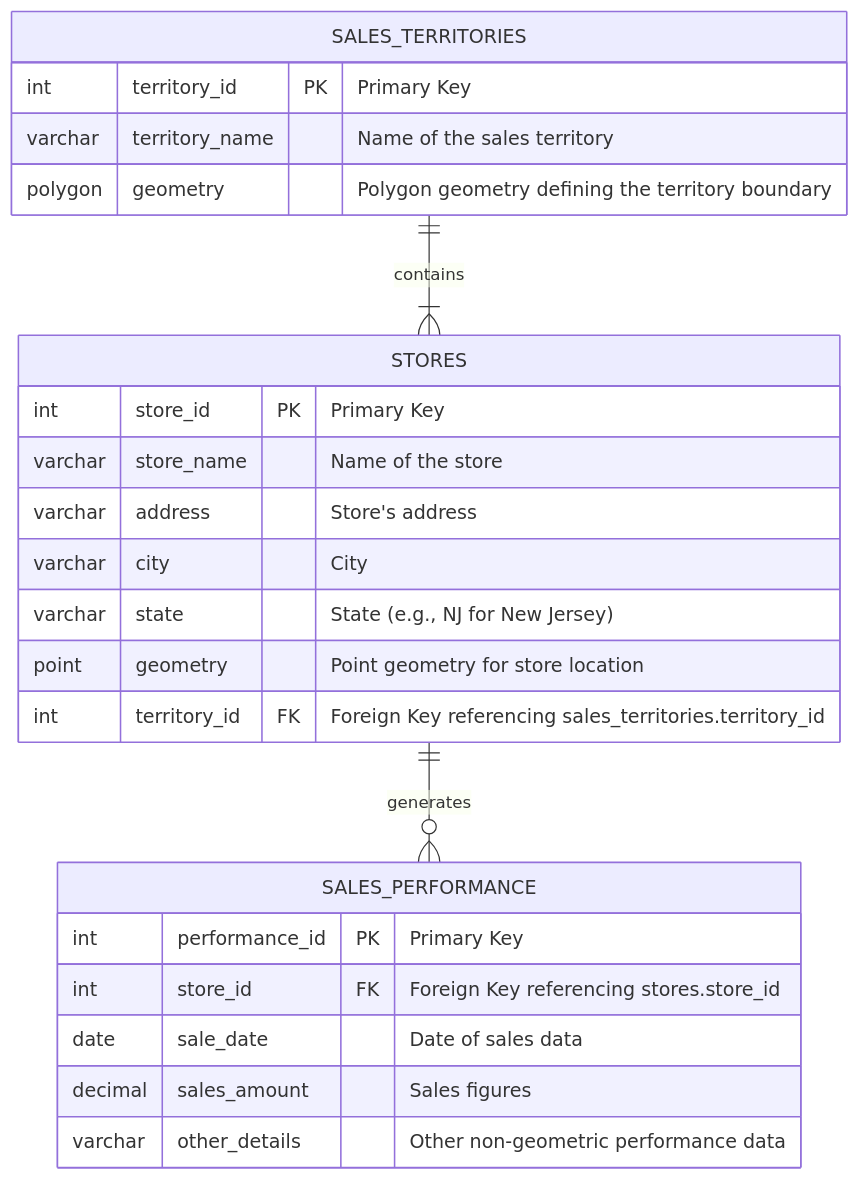
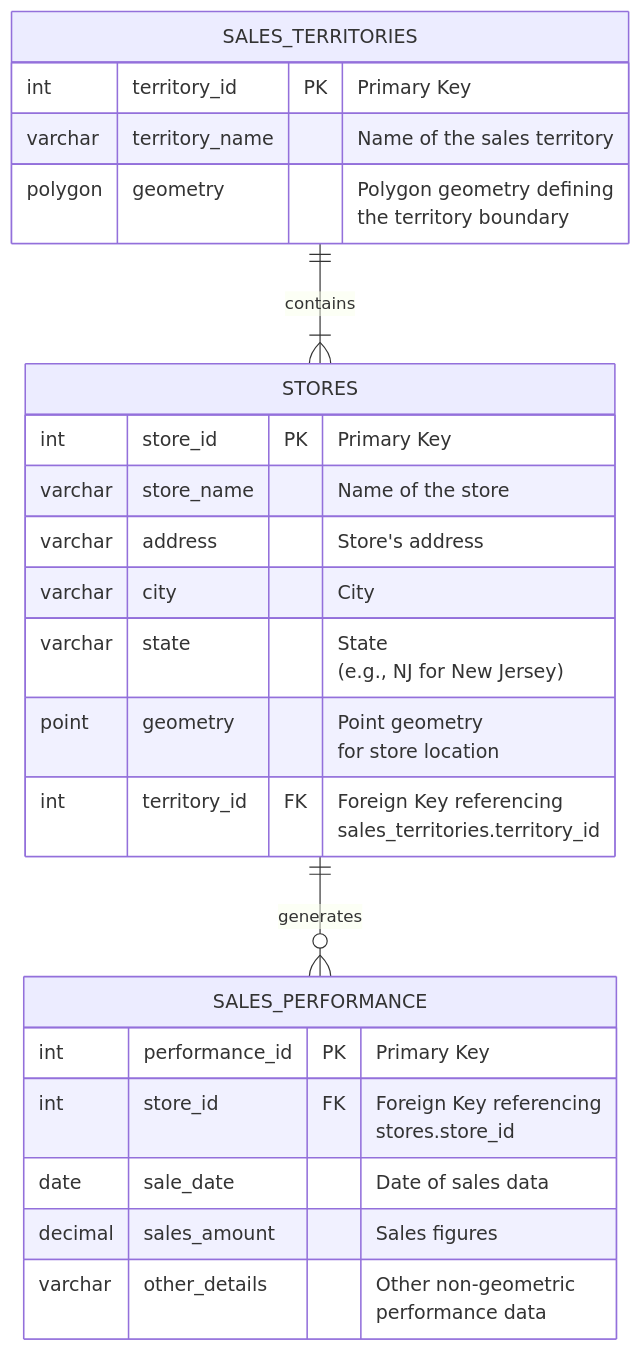
The diagram in docs/blog/posts/spatial-tables-data-lakehouses.md (apache/sedona), drawn with Mermaid before and after one commit. The commit also changed other lines of this file, not shown here.

````diff
--- a/docs/blog/posts/spatial-tables-data-lakehouses.md
+++ b/docs/blog/posts/spatial-tables-data-lakehouses.md
@@ -130,29 +130,29 @@
 ```mermaid
 erDiagram
     SALES_TERRITORIES ||--|{ STORES : "contains"
     STORES ||--o{ SALES_PERFORMANCE : "generates"
 
     SALES_TERRITORIES {
         int territory_id PK "Primary Key"
         varchar territory_name "Name of the sales territory"
-        polygon geometry "Polygon geometry defining the territory boundary"
+        polygon geometry "Polygon geometry defining<br>the territory boundary"
     }
 
     STORES {
         int store_id PK "Primary Key"
         varchar store_name "Name of the store"
         varchar address "Store's address"
         varchar city "City"
-        varchar state "State (e.g., NJ for New Jersey)"
-        point geometry "Point geometry for store location"
-        int territory_id FK "Foreign Key referencing sales_territories.territory_id"
+        varchar state "State<br>(e.g., NJ for New Jersey)"
+        point geometry "Point geometry<br>for store location"
+        int territory_id FK "Foreign Key referencing<br>sales_territories.territory_id"
     }
 
     SALES_PERFORMANCE {
         int performance_id PK "Primary Key"
-        int store_id FK "Foreign Key referencing stores.store_id"
+        int store_id FK "Foreign Key referencing<br>stores.store_id"
         date sale_date "Date of sales data"
         decimal sales_amount "Sales figures"
-        varchar other_details "Other non-geometric performance data"
+        varchar other_details "Other non-geometric<br>performance data"
     }
 ```
````
